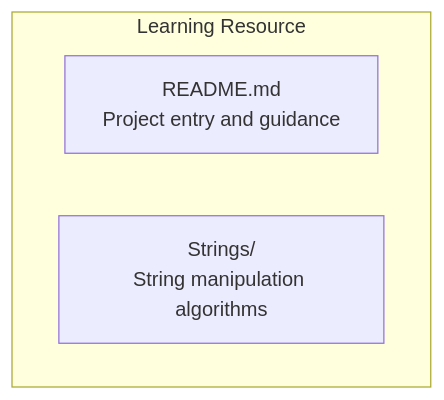
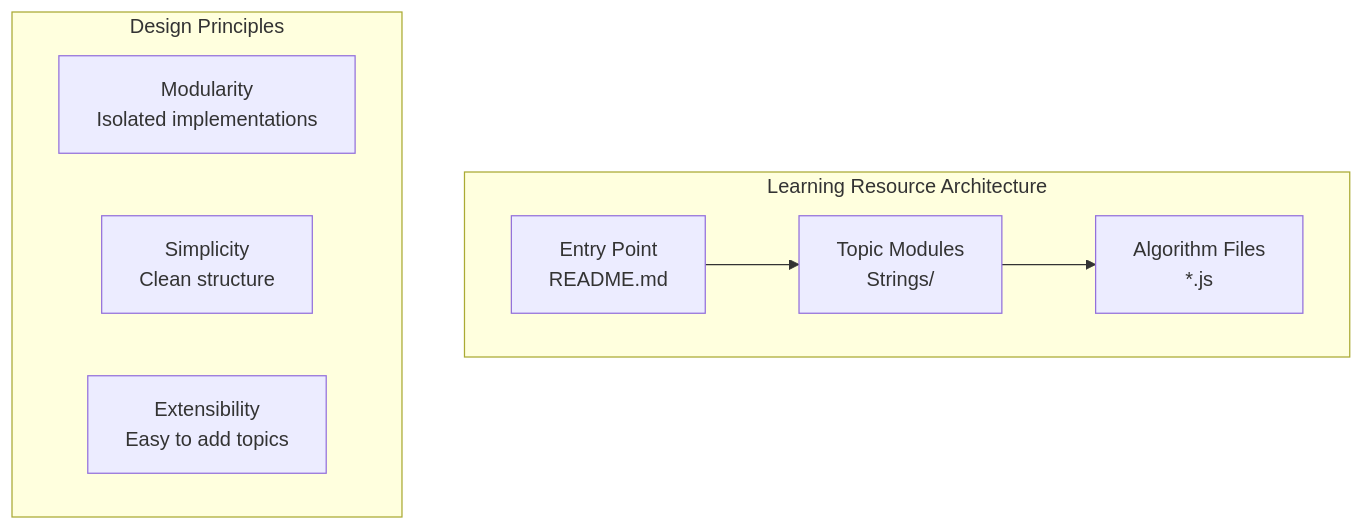
One commit to pawarrishi/dsa_prep changed the second of 4 diagrams in .qoder/repowiki/en/content/Project Overview.md. Above: the diagram before and after it, drawn with Mermaid. The commit also changed other lines of this file and 4 other files, not shown here.

````diff
--- a/.qoder/repowiki/en/content/Project Overview.md
+++ b/.qoder/repowiki/en/content/Project Overview.md
@@ -68,7 +97,15 @@
 ```mermaid
 graph TB
-subgraph "Learning Resource"
-R["README.md<br/>Project entry and guidance"]
-S["Strings/<br/>String manipulation algorithms"]
+subgraph "Learning Resource Architecture"
+Entry["Entry Point<br/>README.md"]
+TopicModules["Topic Modules<br/>Strings/"]
+AlgorithmFiles["Algorithm Files<br/>*.js"]
+Entry --> TopicModules
+TopicModules --> AlgorithmFiles
+end
+subgraph "Design Principles"
+Modularity["Modularity<br/>Isolated implementations"]
+Simplicity["Simplicity<br/>Clean structure"]
+Extensibility["Extensibility<br/>Easy to add topics"]
 end
 ```
````
